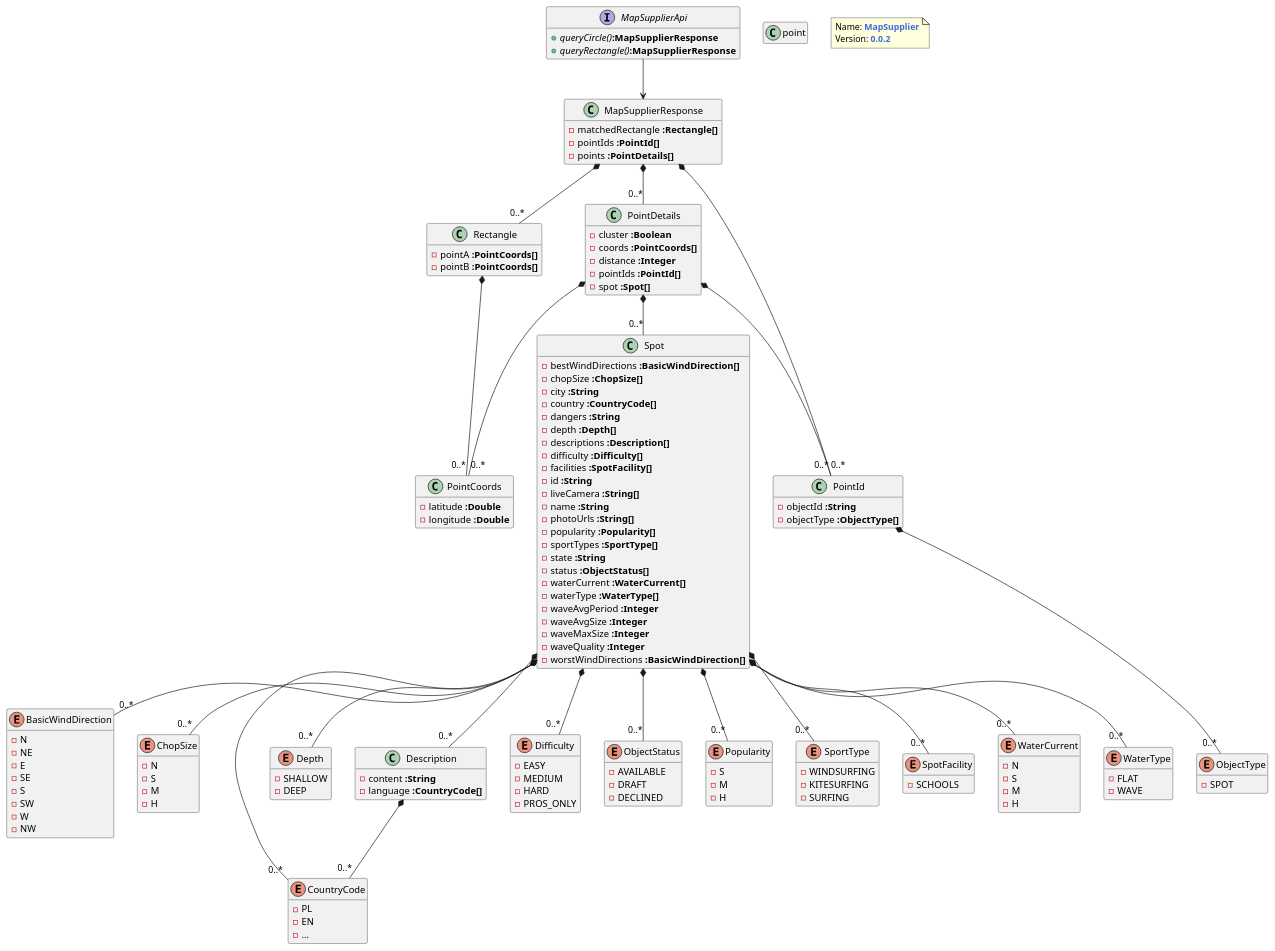
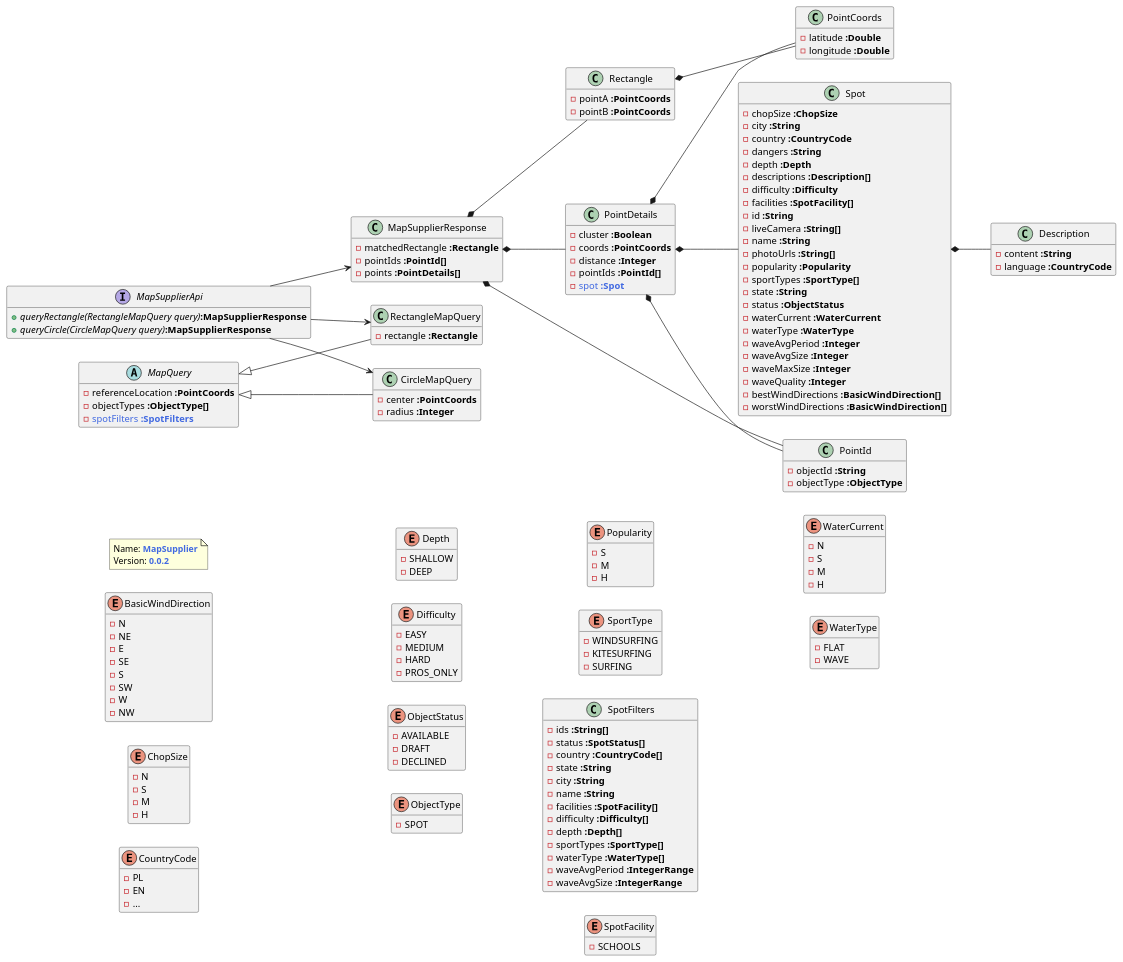
Before and after one commit to poznas/engineering-thesis: the diagram in plantuml/map-supplier-api.puml, drawn with PlantUML. The commit also changed 2 other files, not shown here.

Commit message:
impl/domain - spot & map-supplier API class diagrams

```diff
--- a/plantuml/map-supplier-api.puml
+++ b/plantuml/map-supplier-api.puml
@@ -1,6 +1,12 @@
 @startuml
+left to right direction
 hide empty members
 set namespaceSeparator none
+
+note as N1
+  Name: <b><color:royalBlue>MapSupplier</color>
+  Version: <b><color:royalBlue>0.0.2</color>
+end note
 
  enum BasicWindDirection {
 		 - N  
@@ -33,7 +39,7 @@
 
 class  Description {
 		 - content <b>:String</b> 
-		 - language <b>:CountryCode[]</b> 
+		 - language <b>:CountryCode</b> 
 }
 
  enum Difficulty {
@@ -44,7 +50,7 @@
 }
 
 class  MapSupplierResponse {
-		 - matchedRectangle <b>:Rectangle[]</b> 
+		 - matchedRectangle <b>:Rectangle</b> 
 		 - pointIds <b>:PointId[]</b> 
 		 - points <b>:PointDetails[]</b> 
 }
@@ -66,15 +72,15 @@
 
 class  PointDetails {
 		 - cluster <b>:Boolean</b> 
-		 - coords <b>:PointCoords[]</b> 
+		 - coords <b>:PointCoords</b> 
 		 - distance <b>:Integer</b> 
 		 - pointIds <b>:PointId[]</b> 
-		 - spot <b>:Spot[]</b> 
+		 - <color:royalBlue>spot <b>:Spot</b>
 }
 
 class  PointId {
 		 - objectId <b>:String</b> 
-		 - objectType <b>:ObjectType[]</b> 
+		 - objectType <b>:ObjectType</b> 
 }
 
  enum Popularity {
@@ -84,8 +90,8 @@
 }
 
 class  Rectangle {
-		 - pointA <b>:PointCoords[]</b> 
-		 - pointB <b>:PointCoords[]</b> 
+		 - pointA <b>:PointCoords</b> 
+		 - pointB <b>:PointCoords</b> 
 }
 
  enum SportType {
@@ -95,30 +101,47 @@
 }
 
 class  Spot {
-		 - bestWindDirections <b>:BasicWindDirection[]</b> 
-		 - chopSize <b>:ChopSize[]</b> 
+		 
+		 - chopSize <b>:ChopSize</b> 
 		 - city <b>:String</b> 
-		 - country <b>:CountryCode[]</b> 
+		 - country <b>:CountryCode</b> 
 		 - dangers <b>:String</b> 
-		 - depth <b>:Depth[]</b> 
+		 - depth <b>:Depth</b> 
 		 - descriptions <b>:Description[]</b> 
-		 - difficulty <b>:Difficulty[]</b> 
+		 - difficulty <b>:Difficulty</b> 
 		 - facilities <b>:SpotFacility[]</b> 
 		 - id <b>:String</b> 
 		 - liveCamera <b>:String[]</b> 
 		 - name <b>:String</b> 
 		 - photoUrls <b>:String[]</b> 
-		 - popularity <b>:Popularity[]</b> 
+		 - popularity <b>:Popularity</b> 
 		 - sportTypes <b>:SportType[]</b> 
 		 - state <b>:String</b> 
-		 - status <b>:ObjectStatus[]</b> 
-		 - waterCurrent <b>:WaterCurrent[]</b> 
-		 - waterType <b>:WaterType[]</b> 
+		 - status <b>:ObjectStatus</b> 
+		 - waterCurrent <b>:WaterCurrent</b> 
+		 - waterType <b>:WaterType</b> 
 		 - waveAvgPeriod <b>:Integer</b> 
 		 - waveAvgSize <b>:Integer</b> 
 		 - waveMaxSize <b>:Integer</b> 
 		 - waveQuality <b>:Integer</b> 
+		 - bestWindDirections <b>:BasicWindDirection[]</b> 
 		 - worstWindDirections <b>:BasicWindDirection[]</b> 
+}
+
+class  SpotFilters {
+		 - ids <b>:String[]</b> 
+		 - status <b>:SpotStatus[]</b> 
+		 - country <b>:CountryCode[]</b> 
+		 - state <b>:String</b> 
+		 - city <b>:String</b> 
+		 - name <b>:String</b> 
+		 - facilities <b>:SpotFacility[]</b> 
+		 - difficulty <b>:Difficulty[]</b> 
+		 - depth <b>:Depth[]</b> 
+		 - sportTypes <b>:SportType[]</b> 
+		 - waterType <b>:WaterType[]</b> 
+		 - waveAvgPeriod <b>:IntegerRange</b> 
+		 - waveAvgSize <b>:IntegerRange</b> 
 }
 
  enum SpotFacility {
@@ -137,46 +160,51 @@
 		 - WAVE  
 }
 
-class  point {
+abstract class MapQuery {
+ - referenceLocation <b>:PointCoords</b> 
+ - objectTypes <b>:ObjectType[]</b>
+ - <color:royalBlue>spotFilters <b>:SpotFilters</b>
 }
 
+class RectangleMapQuery {
+- rectangle <b>:Rectangle</b>
+}
 
-interface MapSupplierApi {
-	 + <i>queryCircle()</i><b>:MapSupplierResponse</b> 
+class CircleMapQuery {
+- center <b>:PointCoords</b>
+- radius <b>:Integer</b>
 }
 
 interface MapSupplierApi {
-	 + <i>queryRectangle()</i><b>:MapSupplierResponse</b> 
+	 + <i>queryRectangle(RectangleMapQuery query)</i><b>:MapSupplierResponse</b> 
 }
 
+interface MapSupplierApi {
+	 + <i>queryCircle(CircleMapQuery query)</i><b>:MapSupplierResponse</b> 
+}
 
-Description  *-- "0..*"  CountryCode 
-MapSupplierResponse  *-- "0..*"  Rectangle 
-MapSupplierResponse  *-- "0..*"  PointId 
-MapSupplierResponse  *-- "0..*"  PointDetails 
-PointDetails  *-- "0..*"  PointCoords 
-PointDetails  *-- "0..*"  PointId 
-PointDetails  *-- "0..*"  Spot 
-PointId  *-- "0..*"  ObjectType 
-Rectangle  *-- "0..*"  PointCoords 
-Spot  *-- "0..*"  BasicWindDirection 
-Spot  *-- "0..*"  ChopSize 
-Spot  *-- "0..*"  CountryCode 
-Spot  *-- "0..*"  Depth 
-Spot  *-- "0..*"  Description 
-Spot  *-- "0..*"  Difficulty 
-Spot  *-- "0..*"  SpotFacility 
-Spot  *-- "0..*"  Popularity 
-Spot  *-- "0..*"  SportType 
-Spot  *-- "0..*"  ObjectStatus 
-Spot  *-- "0..*"  WaterCurrent 
-Spot  *-- "0..*"  WaterType 
+MapQuery <|-- RectangleMapQuery
+MapQuery <|-- CircleMapQuery
+
+
+MapSupplierResponse  *--   Rectangle 
+MapSupplierResponse  *--   PointId 
+MapSupplierResponse  *--   PointDetails 
+PointDetails  *--   PointCoords 
+PointDetails  *--   PointId 
+PointDetails  *--   Spot 
+Rectangle  *--   PointCoords 
+
+Spot  *--   Description 
+
+
+MapSupplierApi -->    RectangleMapQuery 
+MapSupplierApi -->    CircleMapQuery 
 MapSupplierApi -->    MapSupplierResponse 
 
-note as N1
-  Name: <b><color:royalBlue>MapSupplier</color>
-  Version: <b><color:royalBlue>0.0.2</color>
-end note
+
+
+
 
 
 @enduml
```
